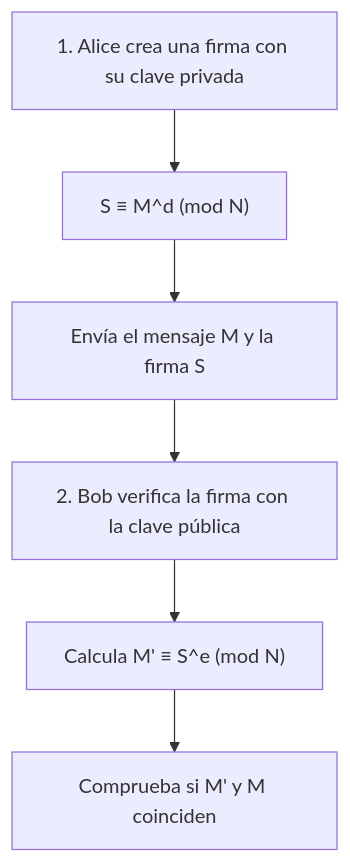
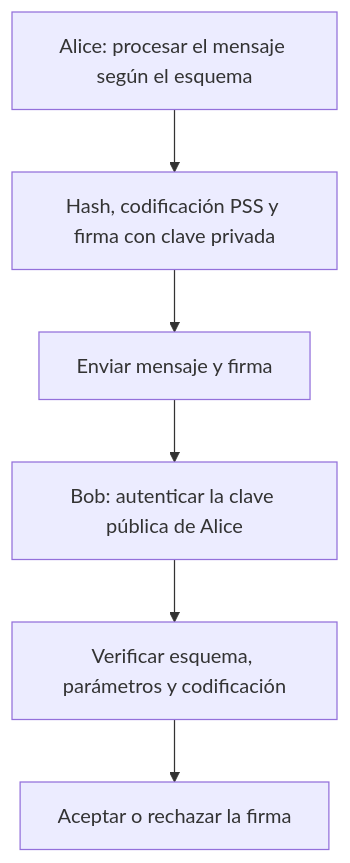
Before and after one commit to kenjinote/blog: the third of 3 diagrams in content/post/rsa暗号の仕組みを高校生でもわかるように説明する/index.es.md, drawn with Mermaid. The commit also changed other lines of this file and 5 other files, not shown here.

````diff
--- a/content/post/rsa暗号の仕組みを高校生でもわかるように説明する/index.es.md
+++ b/content/post/rsa暗号の仕組みを高校生でもわかるように説明する/index.es.md
@@ -291,9 +169,8 @@
 ```mermaid
 flowchart TD
-    A1["1. Alice crea una firma con su clave privada"] --> A2["S ≡ M^d (mod N)"]
-    A2 --> A3["Envía el mensaje M y la firma S"]
-    
-    A3 --> B1["2. Bob verifica la firma con la clave pública"]
-    B1 --> B2["Calcula M' ≡ S^e (mod N)"]
-    B2 --> B3["Comprueba si M' y M coinciden"]
+    A1["Alice: procesar el mensaje según el esquema"] --> A2["Hash, codificación PSS y firma con clave privada"]
+    A2 --> A3["Enviar mensaje y firma"]
+    A3 --> B1["Bob: autenticar la clave pública de Alice"]
+    B1 --> B2["Verificar esquema, parámetros y codificación"]
+    B2 --> B3["Aceptar o rechazar la firma"]
 ```
````
